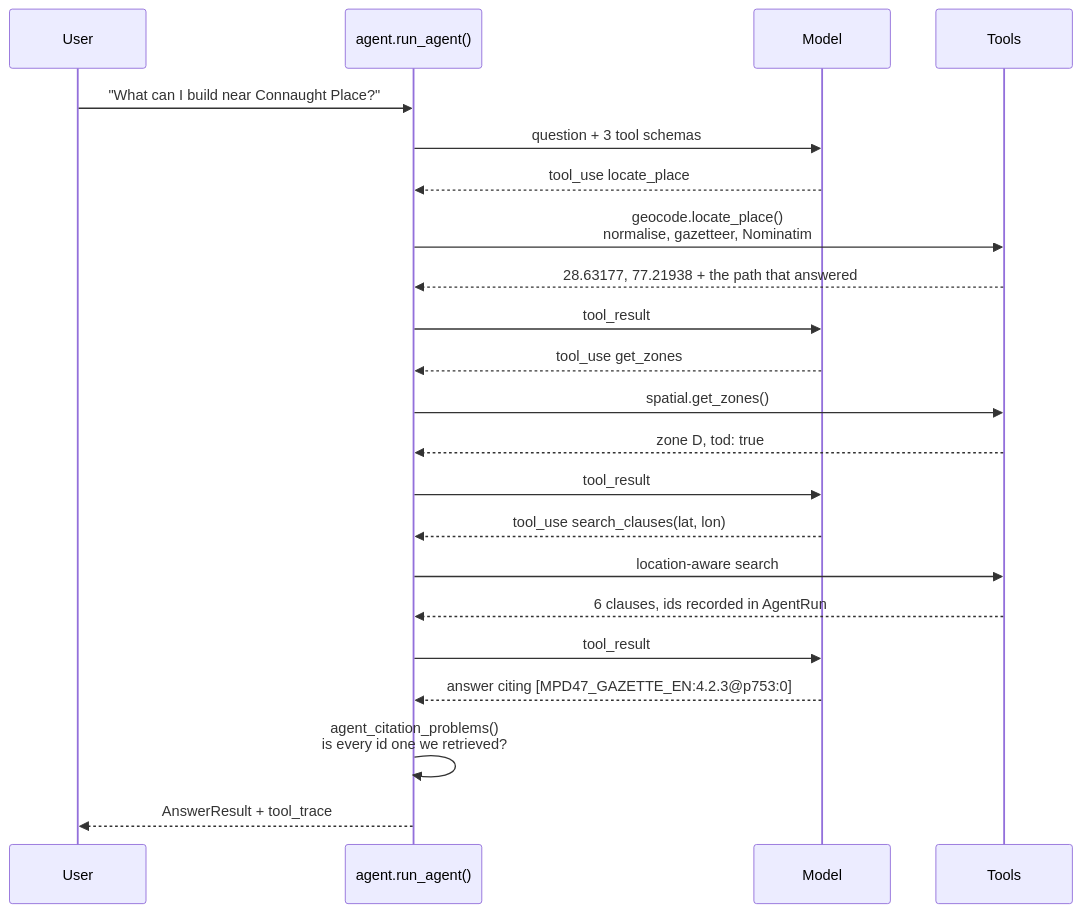
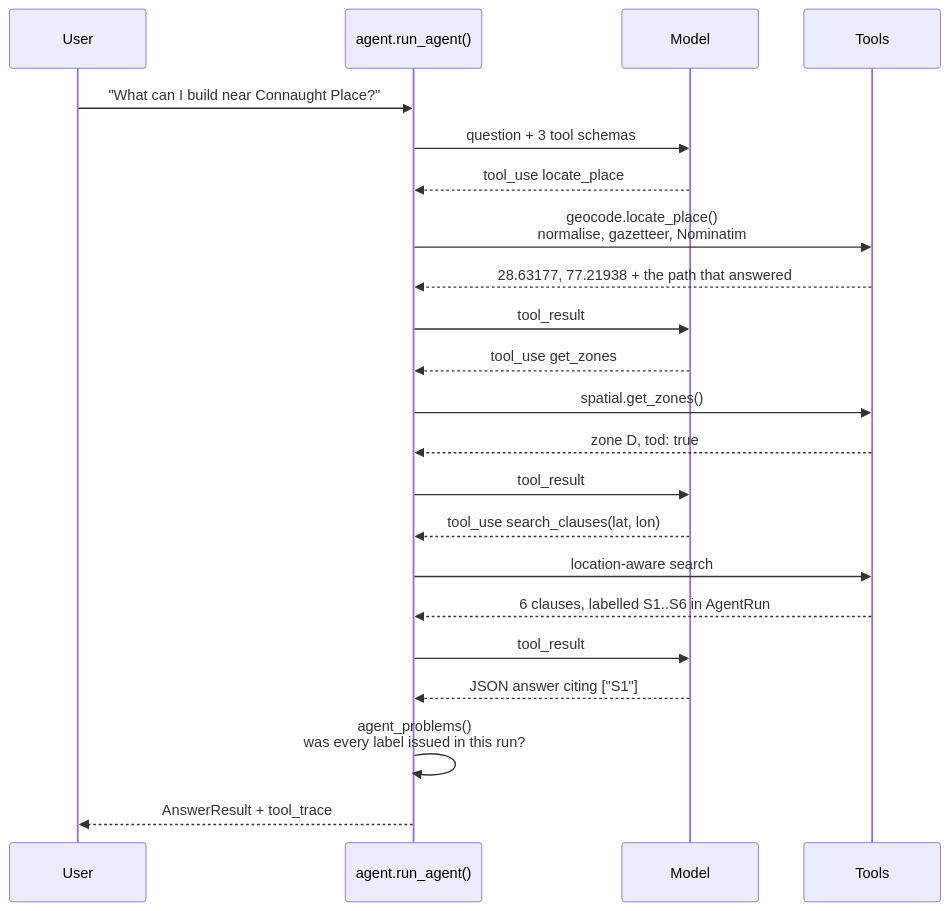
Before and after one commit to dhruv-ship-it/delhi-plan-rag: the fifth of 7 diagrams in docs/ARCHITECTURE.md, drawn with Mermaid. The commit also changed other lines of this file and 4 other files, not shown here.

First line of the commit message:
docs: architecture, learning notes and reports index for D-086 to D-090

````diff
--- a/docs/ARCHITECTURE.md
+++ b/docs/ARCHITECTURE.md
@@ -334,25 +406,25 @@
 ```mermaid
 sequenceDiagram
     participant U as User
     participant A as agent.run_agent()
     participant M as Model
     participant T as Tools
 
     U->>A: "What can I build near Connaught Place?"
     A->>M: question + 3 tool schemas
     M-->>A: tool_use locate_place
     A->>T: geocode.locate_place()<br/>normalise, gazetteer, Nominatim
     T-->>A: 28.63177, 77.21938 + the path that answered
     A->>M: tool_result
     M-->>A: tool_use get_zones
     A->>T: spatial.get_zones()
     T-->>A: zone D, tod: true
     A->>M: tool_result
     M-->>A: tool_use search_clauses(lat, lon)
     A->>T: location-aware search
-    T-->>A: 6 clauses, ids recorded in AgentRun
+    T-->>A: 6 clauses, labelled S1..S6 in AgentRun
     A->>M: tool_result
-    M-->>A: answer citing [MPD47_GAZETTE_EN:4.2.3@p753:0]
-    A->>A: agent_citation_problems()<br/>is every id one we retrieved?
+    M-->>A: JSON answer citing ["S1"]
+    A->>A: agent_problems()<br/>was every label issued in this run?
     A-->>U: AnswerResult + tool_trace
 ```
````
